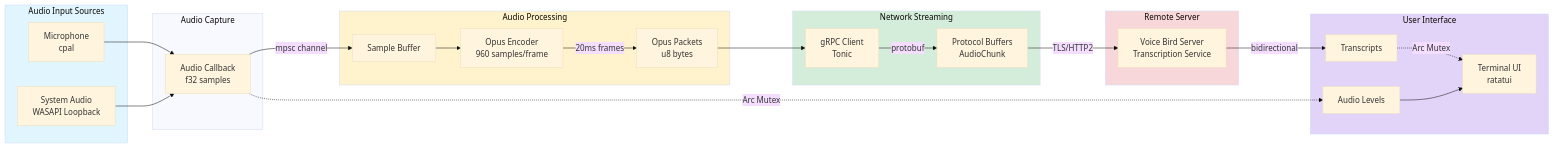
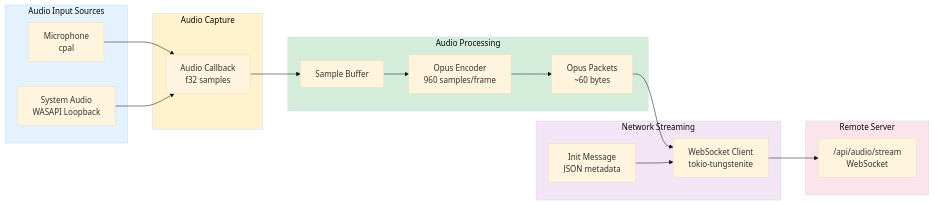
One commit to RekunDzmitry/voice_bird_desktop changed the second of 6 diagrams in DEPENDENCIES.md. Above: the diagram before and after it, drawn with Mermaid (base theme). The commit also changed other lines of this file and 15 other files, not shown here.

````diff
--- a/DEPENDENCIES.md
+++ b/DEPENDENCIES.md
@@ -78,52 +71,41 @@
 ```mermaid
 flowchart LR
     subgraph Input["Audio Input Sources"]
         mic[Microphone<br/>cpal]
         sys[System Audio<br/>WASAPI Loopback]
     end
 
     subgraph Capture["Audio Capture"]
         callback[Audio Callback<br/>f32 samples]
     end
 
     subgraph Processing["Audio Processing"]
         buffer[Sample Buffer]
         opus_enc[Opus Encoder<br/>960 samples/frame]
-        packets[Opus Packets<br/>u8 bytes]
+        packets[Opus Packets<br/>~60 bytes]
     end
 
     subgraph Network["Network Streaming"]
-        grpc[gRPC Client<br/>Tonic]
-        proto[Protocol Buffers<br/>AudioChunk]
+        ws[WebSocket Client<br/>tokio-tungstenite]
+        json[Init Message<br/>JSON metadata]
     end
 
     subgraph Server["Remote Server"]
-        server[Voice Bird Server<br/>Transcription Service]
-    end
-
-    subgraph UI["User Interface"]
-        display[Terminal UI<br/>ratatui]
-        levels[Audio Levels]
-        transcripts[Transcripts]
+        endpoint["/api/audio/stream"<br/>WebSocket]
     end
 
     mic --> callback
     sys --> callback
-    callback -->|mpsc channel| buffer
+    callback --> buffer
     buffer --> opus_enc
-    opus_enc -->|20ms frames| packets
-    packets --> grpc
-    grpc -->|protobuf| proto
-    proto -->|TLS/HTTP2| server
-    server -->|bidirectional| transcripts
+    opus_enc --> packets
+    packets --> ws
+    json --> ws
+    ws --> endpoint
 
-    callback -.->|Arc Mutex| levels
-    transcripts -.->|Arc Mutex| display
-    levels --> display
-
-    style Input fill:#e1f5ff
-    style Processing fill:#fff3cd
-    style Network fill:#d4edda
-    style Server fill:#f8d7da
-    style UI fill:#e2d3f8
+    style Input fill:#e3f2fd
+    style Capture fill:#fff3cd
+    style Processing fill:#d4edda
+    style Network fill:#f3e5f5
+    style Server fill:#fce4ec
 ```
````
